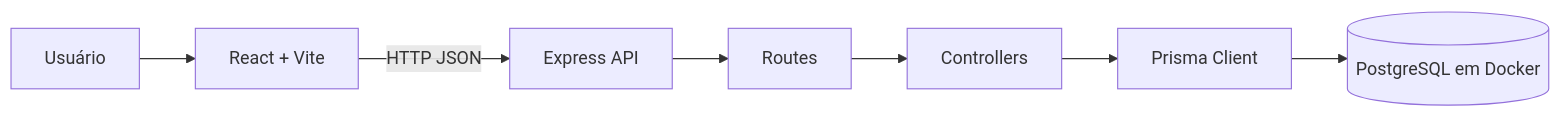
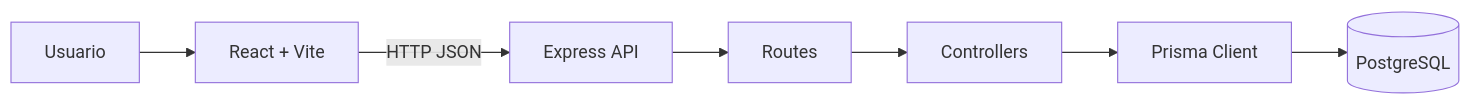
Before and after one commit to RenzoFernandes/process-hub: the first of 2 diagrams in README.md, drawn with Mermaid. The commit also changed other lines of this file and 18 other files, not shown here.

Commit message:
feat: replace flowchart with enterprise process explorer

````diff
--- a/README.md
+++ b/README.md
@@ -100,9 +85,9 @@
 ```mermaid
 flowchart LR
-  User[Usuário] --> Frontend[React + Vite]
+  User[Usuario] --> Frontend[React + Vite]
   Frontend -->|HTTP JSON| API[Express API]
   API --> Routes[Routes]
   Routes --> Controllers[Controllers]
   Controllers --> Prisma[Prisma Client]
-  Prisma --> Postgres[(PostgreSQL em Docker)]
+  Prisma --> Postgres[(PostgreSQL)]
 ```
````
